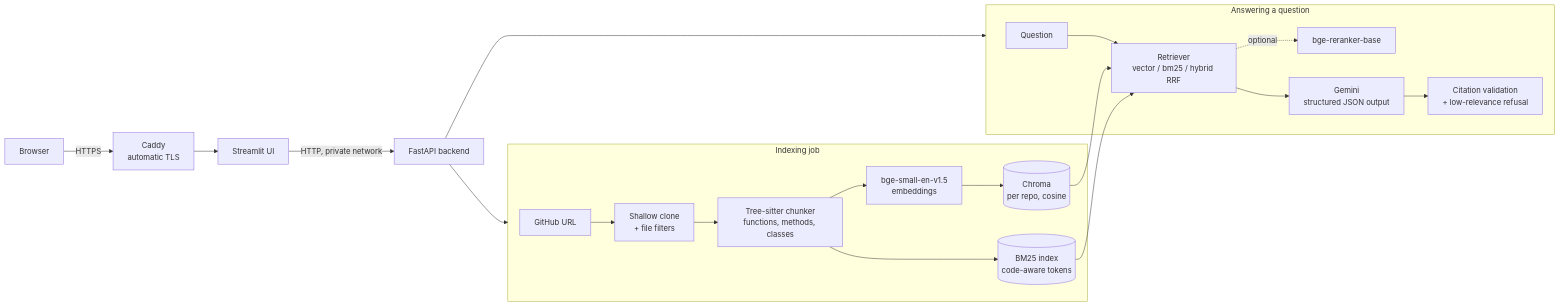
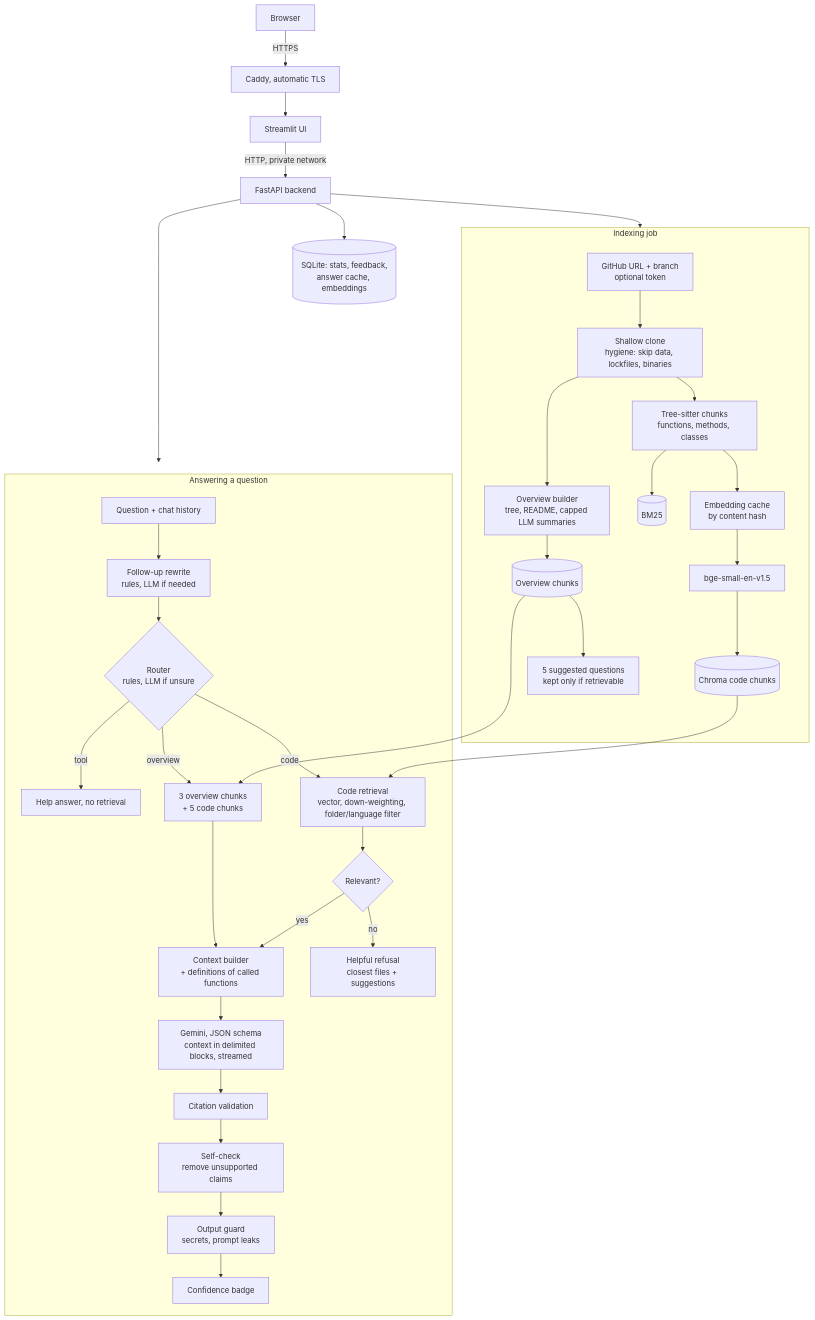
Before and after one commit to avinashtorm/codebase-qa: the diagram in README.md, drawn with Mermaid. The commit also changed other lines of this file and 6 other files, not shown here.

Commit message:
Final evaluation on held-out retrieval, README rewrite with architecture, chart, design decisions and limitations, and git-based VM update guide

````diff
--- a/README.md
+++ b/README.md
@@ -27,26 +35,38 @@
 ```mermaid
-flowchart LR
-    U[Browser] -->|HTTPS| C[Caddy<br/>automatic TLS]
-    C --> F[Streamlit UI]
-    F -->|HTTP, private network| B[FastAPI backend]
+flowchart TB
+    U[Browser] -->|HTTPS| C[Caddy, automatic TLS] --> F[Streamlit UI] -->|HTTP, private network| B[FastAPI backend]
 
-    subgraph Indexing [Indexing job]
-        G[GitHub URL] --> CL[Shallow clone<br/>+ file filters]
-        CL --> TS[Tree-sitter chunker<br/>functions, methods, classes]
-        TS --> EM[bge-small-en-v1.5<br/>embeddings]
-        EM --> CH[(Chroma<br/>per repo, cosine)]
-        TS --> BM[(BM25 index<br/>code-aware tokens)]
+    subgraph Index [Indexing job]
+        G[GitHub URL + branch<br/>optional token] --> CL[Shallow clone<br/>hygiene: skip data, lockfiles, binaries]
+        CL --> TS[Tree-sitter chunks<br/>functions, methods, classes]
+        TS --> EC[Embedding cache<br/>by content hash] --> EM[bge-small-en-v1.5]
+        EM --> CH[(Chroma code chunks)]
+        TS --> BM[(BM25)]
+        CL --> OV[Overview builder<br/>tree, README, capped LLM summaries]
+        OV --> OS[(Overview chunks)]
+        OS --> SQ[5 suggested questions<br/>kept only if retrievable]
     end
 
-    subgraph Asking [Answering a question]
-        Q[Question] --> R[Retriever<br/>vector / bm25 / hybrid RRF]
-        R -. optional .-> RR[bge-reranker-base]
-        R --> GEN[Gemini<br/>structured JSON output]
-        GEN --> V[Citation validation<br/>+ low-relevance refusal]
+    subgraph Ask [Answering a question]
+        Q[Question + chat history] --> RW[Follow-up rewrite<br/>rules, LLM if needed]
+        RW --> RT{Router<br/>rules, LLM if unsure}
+        RT -->|tool| TA[Help answer, no retrieval]
+        RT -->|overview| OR[3 overview chunks<br/>+ 5 code chunks]
+        RT -->|code| CR[Code retrieval<br/>vector, down-weighting, folder/language filter]
+        OR --> CX[Context builder<br/>+ definitions of called functions]
+        CR --> RF{Relevant?}
+        RF -->|no| HR[Helpful refusal<br/>closest files + suggestions]
+        RF -->|yes| CX
+        CX --> GEN[Gemini, JSON schema<br/>context in delimited blocks, streamed]
+        GEN --> VC[Citation validation]
+        VC --> SC[Self-check<br/>remove unsupported claims]
+        SC --> GD[Output guard<br/>secrets, prompt leaks]
+        GD --> CF[Confidence badge]
     end
 
-    B --> Indexing
-    B --> Asking
-    CH --> R
-    BM --> R
+    B --> Index
+    B --> Ask
+    CH --> CR
+    OS --> OR
+    B --> OB[(SQLite: stats, feedback,<br/>answer cache, embeddings)]
 ```
````
